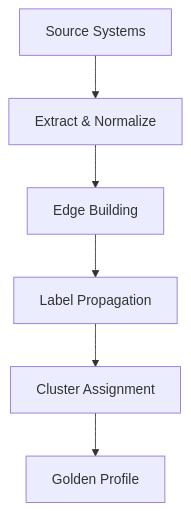
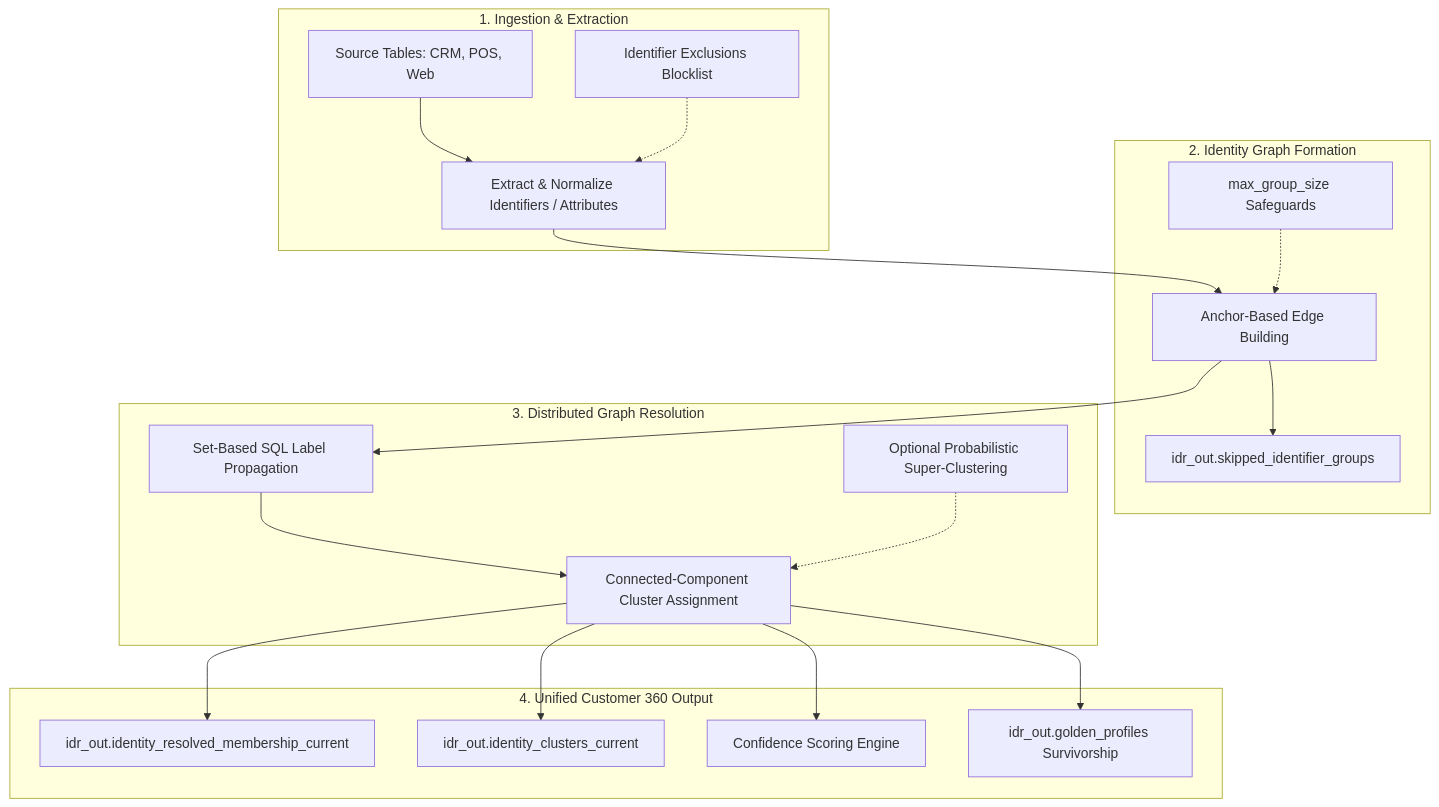
One commit to anilkulkarni87/sql-identity-oss changed the diagram in docs/18-architecture.md. Above: the diagram before and after it, drawn with Mermaid. The commit also changed other lines of this file and 61 other files, not shown here.

````diff
--- a/docs/18-architecture.md
+++ b/docs/18-architecture.md
@@ -7,8 +9,26 @@
 ```mermaid
 graph TB
-    Sources[Source Systems] --> Extract[Extract & Normalize]
-    Extract --> Edges[Edge Building]
-    Edges --> LP[Label Propagation]
-    LP --> Clusters[Cluster Assignment]
-    Clusters --> Golden[Golden Profile]
+    subgraph Ingestion["1. Ingestion & Extraction"]
+        Sources[Source Tables: CRM, POS, Web] --> Extract[Extract & Normalize Identifiers / Attributes]
+        Exclusions[Identifier Exclusions Blocklist] -.-> Extract
+    end
+
+    subgraph GraphBuilding["2. Identity Graph Formation"]
+        Extract --> Edges[Anchor-Based Edge Building]
+        Guardrails[max_group_size Safeguards] -.-> Edges
+        Edges --> Skipped[idr_out.skipped_identifier_groups]
+    end
+
+    subgraph Resolution["3. Distributed Graph Resolution"]
+        Edges --> LP[Set-Based SQL Label Propagation]
+        LP --> Clusters[Connected-Component Cluster Assignment]
+        Fuzzy[Optional Probabilistic Super-Clustering] -.-> Clusters
+    end
+
+    subgraph Output["4. Unified Customer 360 Output"]
+        Clusters --> Members[idr_out.identity_resolved_membership_current]
+        Clusters --> Master[idr_out.identity_clusters_current]
+        Clusters --> Scoring[Confidence Scoring Engine]
+        Clusters --> Golden[idr_out.golden_profiles Survivorship]
+    end
 ```
````
